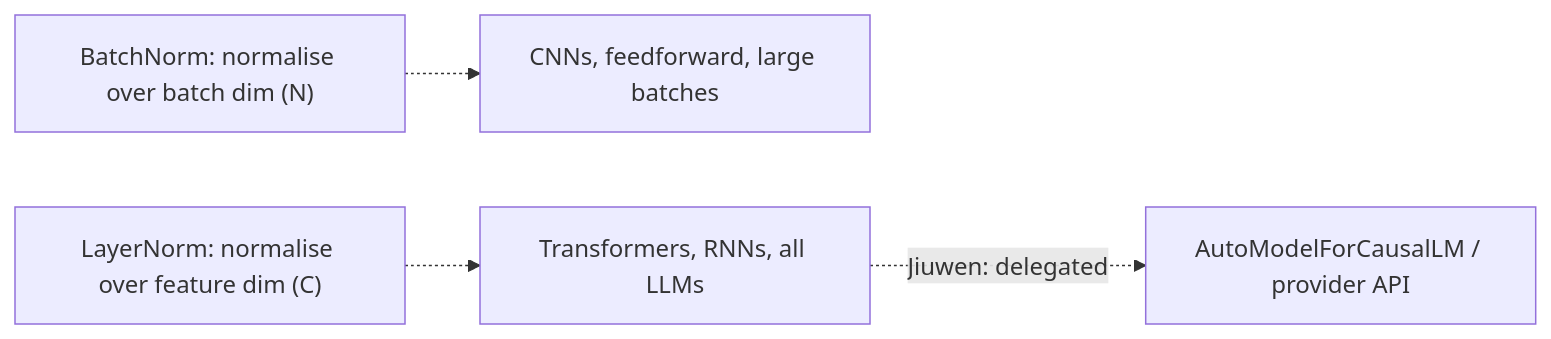
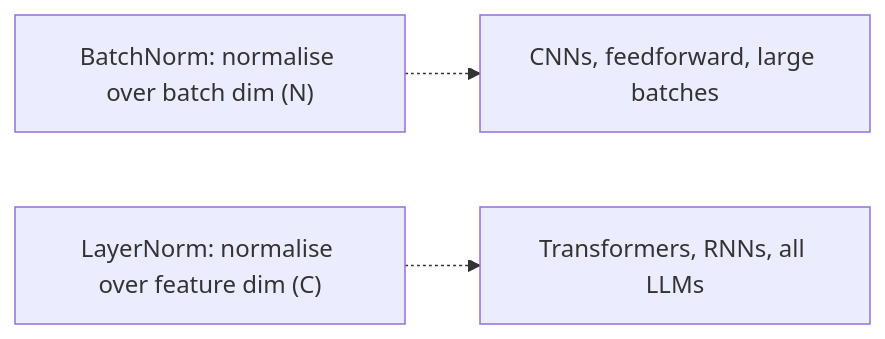
One commit to michaelatamuk/openjiuwen-knowledge changed diagram 11 of 18 in content/topics/00-ml-foundations.md. Above: the diagram before and after it, drawn with Mermaid. The commit also changed other lines of this file and 57 other files, not shown here.

````diff
--- a/content/topics/00-ml-foundations.md
+++ b/content/topics/00-ml-foundations.md
@@ -337,6 +223,5 @@
 ```mermaid
 flowchart LR
     BN["BatchNorm: normalise over batch dim (N)"] -.-> CNN["CNNs, feedforward, large batches"]
     LN["LayerNorm: normalise over feature dim (C)"] -.-> TRANS["Transformers, RNNs, all LLMs"]
-    TRANS -.->|"Jiuwen: delegated"| HF["AutoModelForCausalLM / provider API"]
 ```
````
